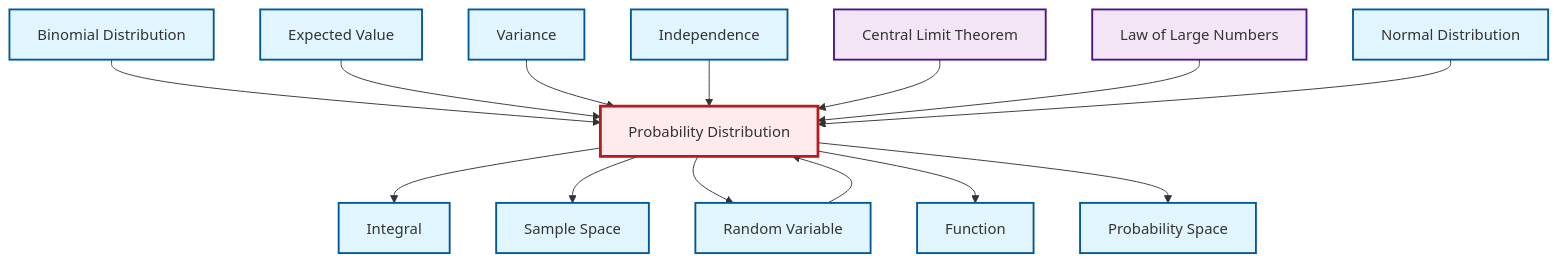
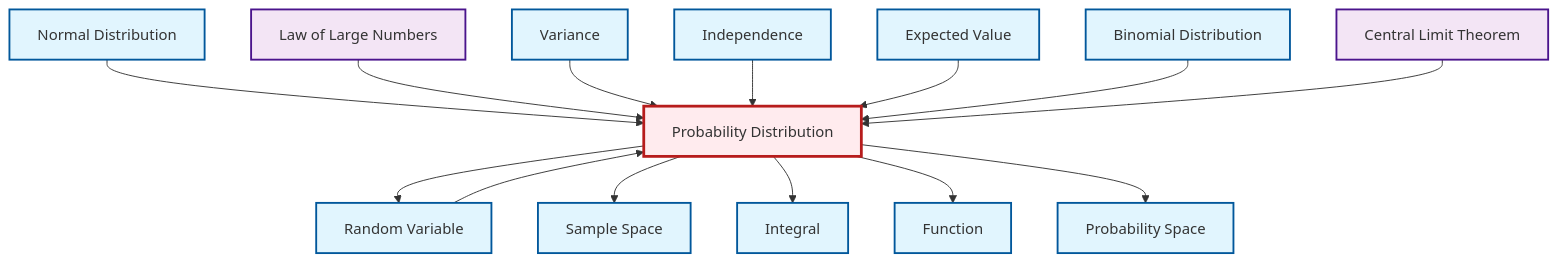
The diagram in output/mermaid/en/def-probability-distribution.mermaid (RK0429/ModernMath), drawn with Mermaid before and after one commit. The commit also changed other lines of this file and 3161 other files, not shown here.

```diff
--- a/output/mermaid/en/def-probability-distribution.mermaid
+++ b/output/mermaid/en/def-probability-distribution.mermaid
@@ -1,33 +1,33 @@
 graph TD
     classDef definition fill:#e1f5fe,stroke:#01579b,stroke-width:2px
     classDef theorem fill:#f3e5f5,stroke:#4a148c,stroke-width:2px
     classDef axiom fill:#fff3e0,stroke:#e65100,stroke-width:2px
     classDef example fill:#e8f5e9,stroke:#1b5e20,stroke-width:2px
     classDef current fill:#ffebee,stroke:#b71c1c,stroke-width:3px
+    def-function["Function"]:::definition
+    def-normal-distribution["Normal Distribution"]:::definition
+    def-expectation["Expected Value"]:::definition
+    def-binomial-distribution["Binomial Distribution"]:::definition
+    def-variance["Variance"]:::definition
+    def-probability-space["Probability Space"]:::definition
+    def-probability-distribution["Probability Distribution"]:::definition
+    thm-central-limit["Central Limit Theorem"]:::theorem
     def-sample-space["Sample Space"]:::definition
-    def-binomial-distribution["Binomial Distribution"]:::definition
-    def-probability-space["Probability Space"]:::definition
+    def-random-variable["Random Variable"]:::definition
+    thm-law-of-large-numbers["Law of Large Numbers"]:::theorem
     def-integral["Integral"]:::definition
     def-independence["Independence"]:::definition
-    def-function["Function"]:::definition
-    thm-central-limit["Central Limit Theorem"]:::theorem
-    thm-law-of-large-numbers["Law of Large Numbers"]:::theorem
-    def-normal-distribution["Normal Distribution"]:::definition
-    def-random-variable["Random Variable"]:::definition
-    def-probability-distribution["Probability Distribution"]:::definition
-    def-variance["Variance"]:::definition
-    def-expectation["Expected Value"]:::definition
-    def-binomial-distribution --> def-probability-distribution
+    def-probability-distribution --> def-random-variable
+    def-probability-distribution --> def-sample-space
+    def-random-variable --> def-probability-distribution
+    def-normal-distribution --> def-probability-distribution
+    thm-law-of-large-numbers --> def-probability-distribution
+    def-variance --> def-probability-distribution
+    def-independence --> def-probability-distribution
     def-expectation --> def-probability-distribution
     def-probability-distribution --> def-integral
-    def-probability-distribution --> def-sample-space
-    def-variance --> def-probability-distribution
-    def-independence --> def-probability-distribution
-    def-probability-distribution --> def-random-variable
+    def-binomial-distribution --> def-probability-distribution
+    def-probability-distribution --> def-function
+    def-probability-distribution --> def-probability-space
     thm-central-limit --> def-probability-distribution
-    def-probability-distribution --> def-function
-    def-random-variable --> def-probability-distribution
-    thm-law-of-large-numbers --> def-probability-distribution
-    def-normal-distribution --> def-probability-distribution
-    def-probability-distribution --> def-probability-space
     class def-probability-distribution current
```
